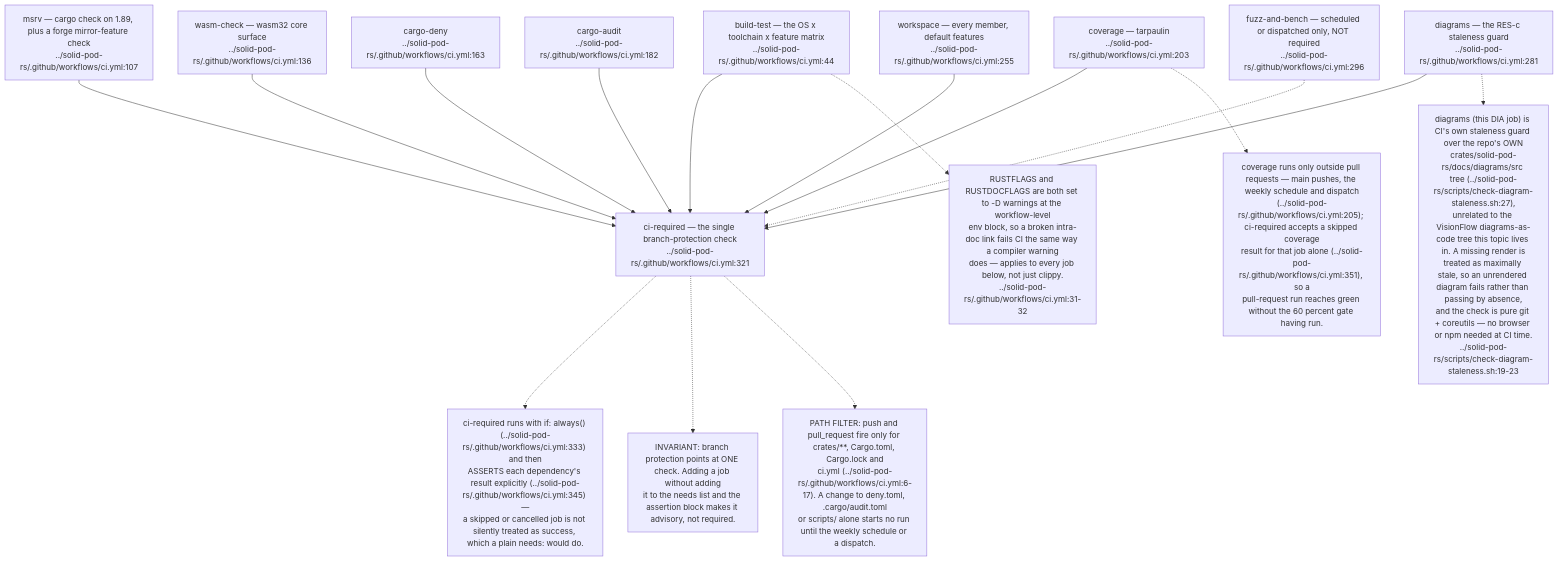
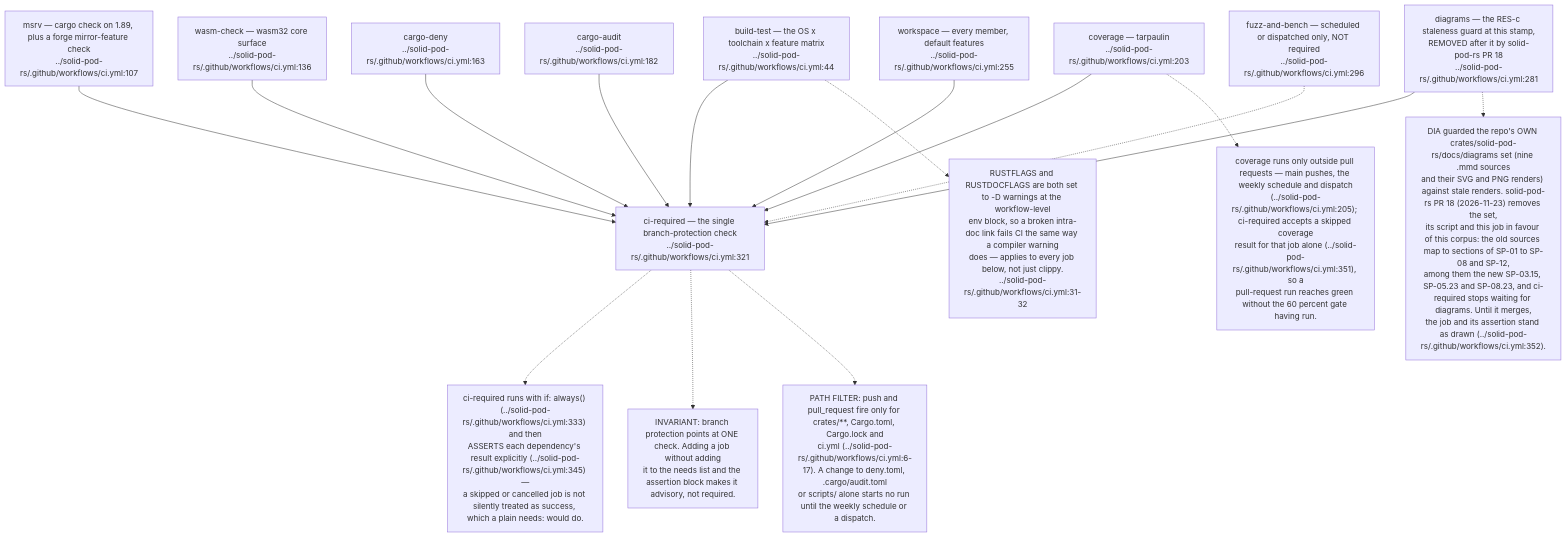
One commit to DreamLab-AI/VisionFlow changed the first of 10 diagrams in docs/diagrams/solid-pod-rs/09-ci-release-and-consumer-pins.md. Above: the diagram before and after it, drawn with Mermaid. The commit also changed other lines of this file and 3 other files, not shown here.

First line of the commit message:
diagrams(solid-pod-rs): absorb the in-repo diagram set; re-verify SP-08 and SP-09

````diff
--- a/docs/diagrams/solid-pod-rs/09-ci-release-and-consumer-pins.md
+++ b/docs/diagrams/solid-pod-rs/09-ci-release-and-consumer-pins.md
@@ -51,36 +50,36 @@
 ```mermaid
 flowchart TD
     BT["build-test — the OS x toolchain x feature matrix<br/>../solid-pod-rs/.github/workflows/ci.yml:44"]
     MSRV["msrv — cargo check on 1.89, plus a forge mirror-feature check<br/>../solid-pod-rs/.github/workflows/ci.yml:107"]
     WASM["wasm-check — wasm32 core surface<br/>../solid-pod-rs/.github/workflows/ci.yml:136"]
     DENY["cargo-deny<br/>../solid-pod-rs/.github/workflows/ci.yml:163"]
     AUDIT["cargo-audit<br/>../solid-pod-rs/.github/workflows/ci.yml:182"]
     COV["coverage — tarpaulin<br/>../solid-pod-rs/.github/workflows/ci.yml:203"]
     WS["workspace — every member, default features<br/>../solid-pod-rs/.github/workflows/ci.yml:255"]
-    DIA["diagrams — the RES-c staleness guard<br/>../solid-pod-rs/.github/workflows/ci.yml:281"]
+    DIA["diagrams — the RES-c staleness guard at this stamp,<br/>REMOVED after it by solid-pod-rs PR 18<br/>../solid-pod-rs/.github/workflows/ci.yml:281"]
     FZ["fuzz-and-bench — scheduled or dispatched only, NOT required<br/>../solid-pod-rs/.github/workflows/ci.yml:296"]
     REQ["ci-required — the single branch-protection check<br/>../solid-pod-rs/.github/workflows/ci.yml:321"]
 
     BT --> REQ
     MSRV --> REQ
     WASM --> REQ
     DENY --> REQ
     AUDIT --> REQ
     COV --> REQ
     WS --> REQ
     DIA --> REQ
     FZ -.-> REQ
 
     N["ci-required runs with if: always() (../solid-pod-rs/.github/workflows/ci.yml:333) and then<br/>ASSERTS each dependency's result explicitly (../solid-pod-rs/.github/workflows/ci.yml:345) —<br/>a skipped or cancelled job is not silently treated as success, which a plain needs: would do."]
     REQ -.-> N
     N2["INVARIANT: branch protection points at ONE check. Adding a job without adding<br/>it to the needs list and the assertion block makes it advisory, not required."]
     REQ -.-> N2
     N2B["coverage runs only outside pull requests — main pushes, the weekly schedule and dispatch<br/>(../solid-pod-rs/.github/workflows/ci.yml:205); ci-required accepts a skipped coverage<br/>result for that job alone (../solid-pod-rs/.github/workflows/ci.yml:351), so a<br/>pull-request run reaches green without the 60 percent gate having run."]
     COV -.-> N2B
     N3["RUSTFLAGS and RUSTDOCFLAGS are both set to -D warnings at the workflow-level<br/>env block, so a broken intra-doc link fails CI the same way a compiler warning<br/>does — applies to every job below, not just clippy.<br/>../solid-pod-rs/.github/workflows/ci.yml:31-32"]
     BT -.-> N3
-    N4["diagrams (this DIA job) is CI's own staleness guard over the repo's OWN<br/>crates/solid-pod-rs/docs/diagrams/src tree (../solid-pod-rs/scripts/check-diagram-staleness.sh:27),<br/>unrelated to the VisionFlow diagrams-as-code tree this topic lives in. A missing render is<br/>treated as maximally stale, so an unrendered diagram fails rather than passing by absence,<br/>and the check is pure git + coreutils — no browser or npm needed at CI time.<br/>../solid-pod-rs/scripts/check-diagram-staleness.sh:19-23"]
+    N4["DIA guarded the repo's OWN crates/solid-pod-rs/docs/diagrams set (nine .mmd sources<br/>and their SVG and PNG renders) against stale renders. solid-pod-rs PR 18 (2026-11-23) removes the set,<br/>its script and this job in favour of this corpus: the old sources map to sections of SP-01 to SP-08 and SP-12,<br/>among them the new SP-03.15, SP-05.23 and SP-08.23, and ci-required stops waiting for diagrams. Until it merges,<br/>the job and its assertion stand as drawn (../solid-pod-rs/.github/workflows/ci.yml:352)."]
     DIA -.-> N4
     N5["PATH FILTER: push and pull_request fire only for crates/**, Cargo.toml, Cargo.lock and<br/>ci.yml (../solid-pod-rs/.github/workflows/ci.yml:6-17). A change to deny.toml, .cargo/audit.toml<br/>or scripts/ alone starts no run until the weekly schedule or a dispatch."]
     REQ -.-> N5
 ```
````
